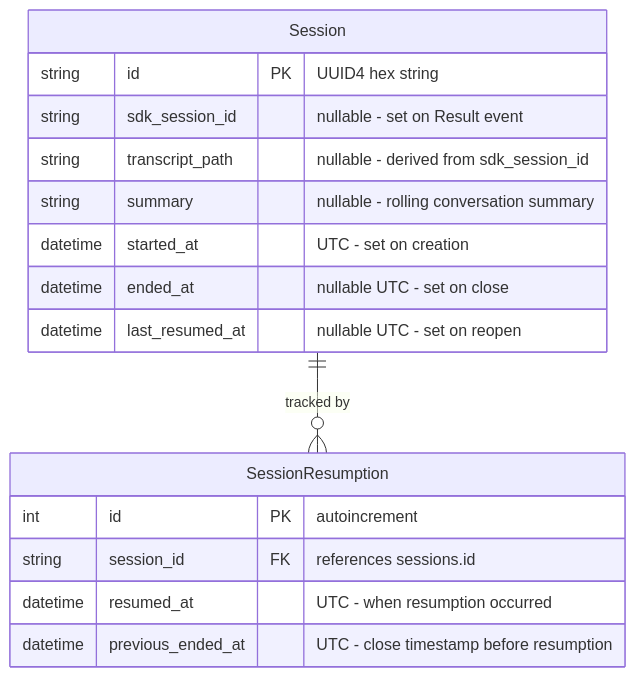
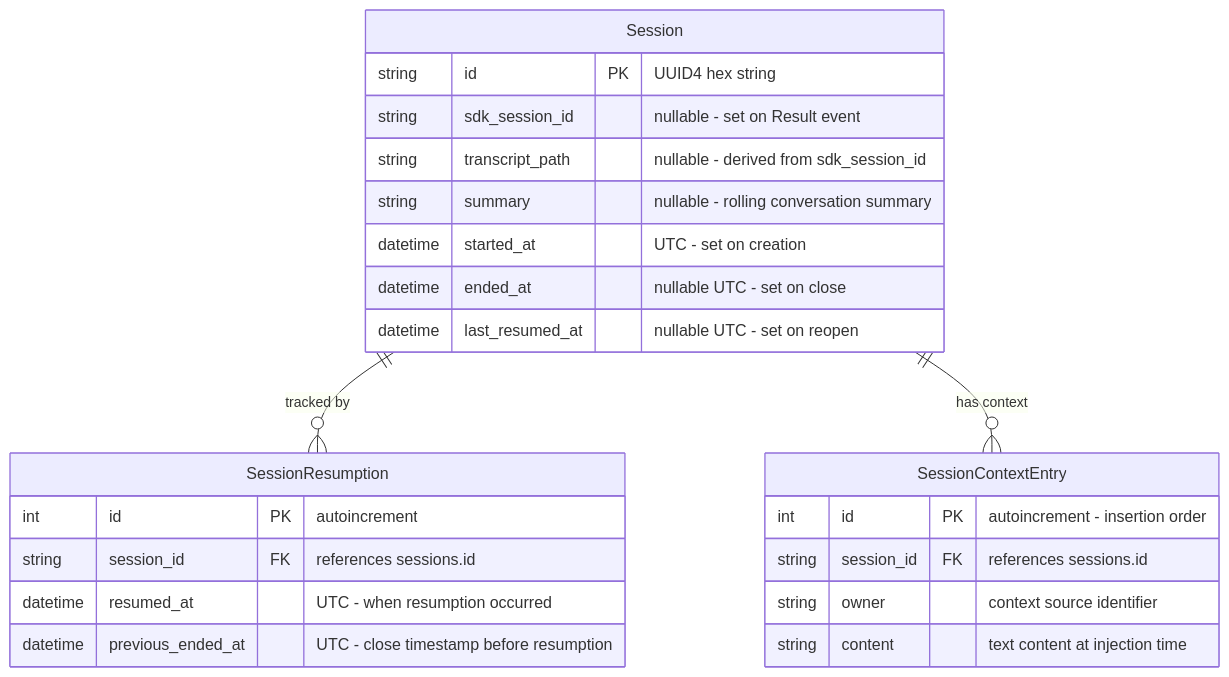
One commit to asermax/tachikoma changed the second of 2 diagrams in docs/feature-designs/agent/sessions.md. Above: the diagram before and after it, drawn with Mermaid. The commit also changed other lines of this file and 8 other files, not shown here.

````diff
--- a/docs/feature-designs/agent/sessions.md
+++ b/docs/feature-designs/agent/sessions.md
@@ -141,19 +143,26 @@
 ```mermaid
 erDiagram
     Session ||--o{ SessionResumption : "tracked by"
+    Session ||--o{ SessionContextEntry : "has context"
     Session {
         string id PK "UUID4 hex string"
         string sdk_session_id "nullable - set on Result event"
         string transcript_path "nullable - derived from sdk_session_id"
         string summary "nullable - rolling conversation summary"
         datetime started_at "UTC - set on creation"
         datetime ended_at "nullable UTC - set on close"
         datetime last_resumed_at "nullable UTC - set on reopen"
     }
     SessionResumption {
         int id PK "autoincrement"
         string session_id FK "references sessions.id"
         datetime resumed_at "UTC - when resumption occurred"
         datetime previous_ended_at "UTC - close timestamp before resumption"
     }
+    SessionContextEntry {
+        int id PK "autoincrement - insertion order"
+        string session_id FK "references sessions.id"
+        string owner "context source identifier"
+        string content "text content at injection time"
+    }
 ```
````
